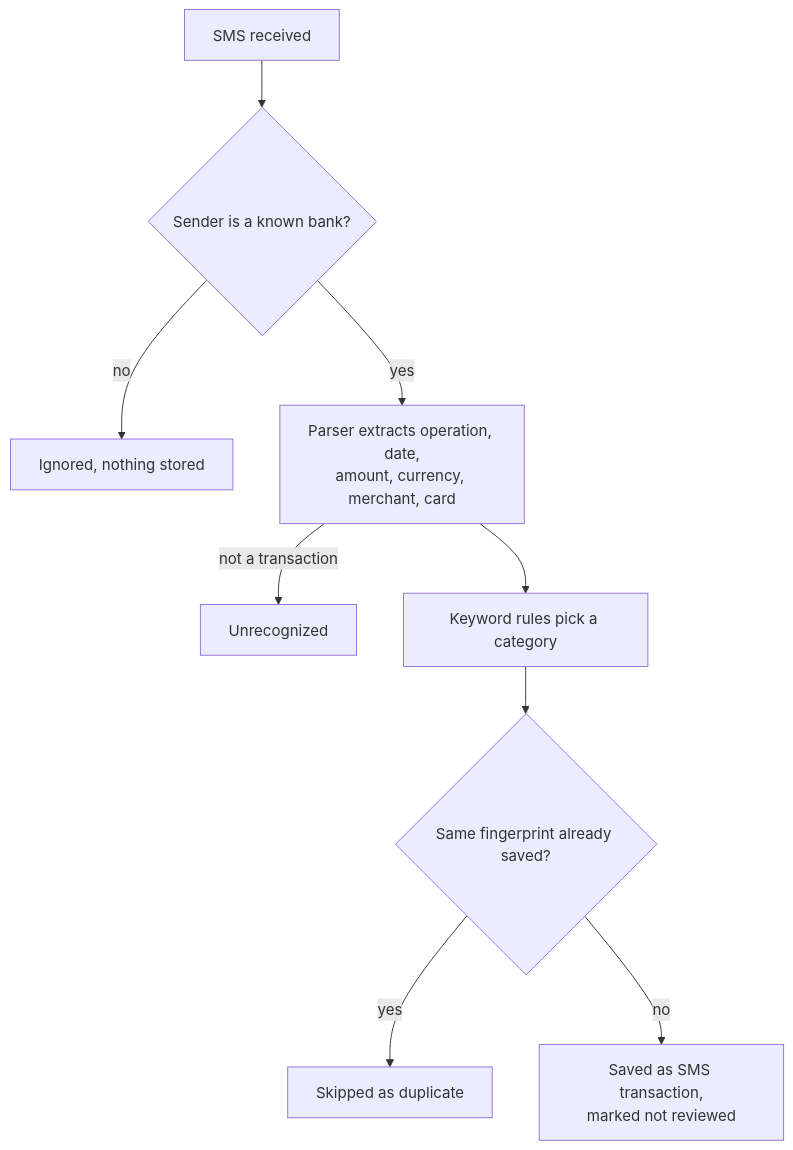
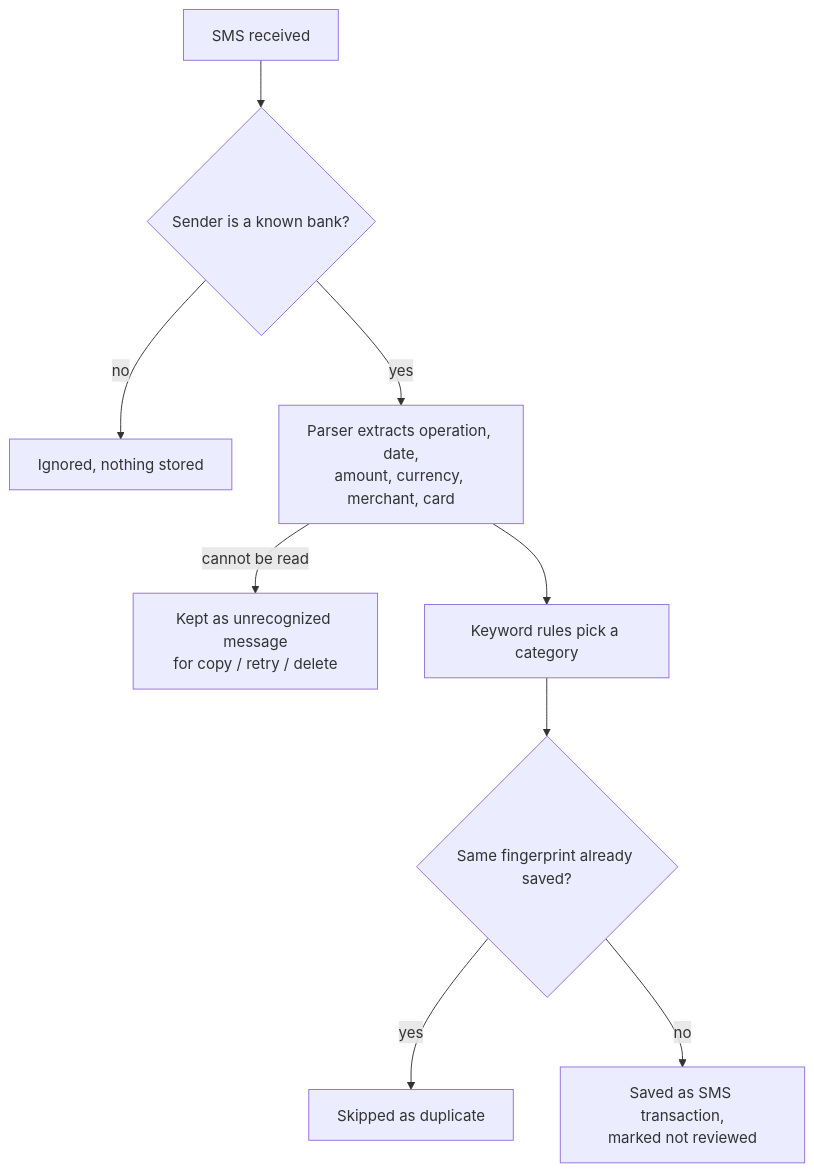
One commit to Schnapsi93/SpendingTracker changed the second of 2 diagrams in README.md. Above: the diagram before and after it, drawn with Mermaid. The commit also changed other lines of this file, not shown here.

Commit message:
Milestone 5 complete: Bank SMS are read, categorized by your keyword rules, deduplicated and queued for review. Messages the app can’t read are kept to inspect, and can turn into new rules

````diff
--- a/README.md
+++ b/README.md
@@ -230,11 +239,11 @@
 ```mermaid
 flowchart TD
     A[SMS received] --> B{Sender is a known bank?}
     B -- no --> X[Ignored, nothing stored]
     B -- yes --> C[Parser extracts operation, date,<br/>amount, currency, merchant, card]
-    C -- not a transaction --> U[Unrecognized]
+    C -- cannot be read --> U[Kept as unrecognized message<br/>for copy / retry / delete]
     C --> D[Keyword rules pick a category]
     D --> E{Same fingerprint already saved?}
     E -- yes --> F[Skipped as duplicate]
     E -- no --> G[Saved as SMS transaction,<br/>marked not reviewed]
 ```
````
